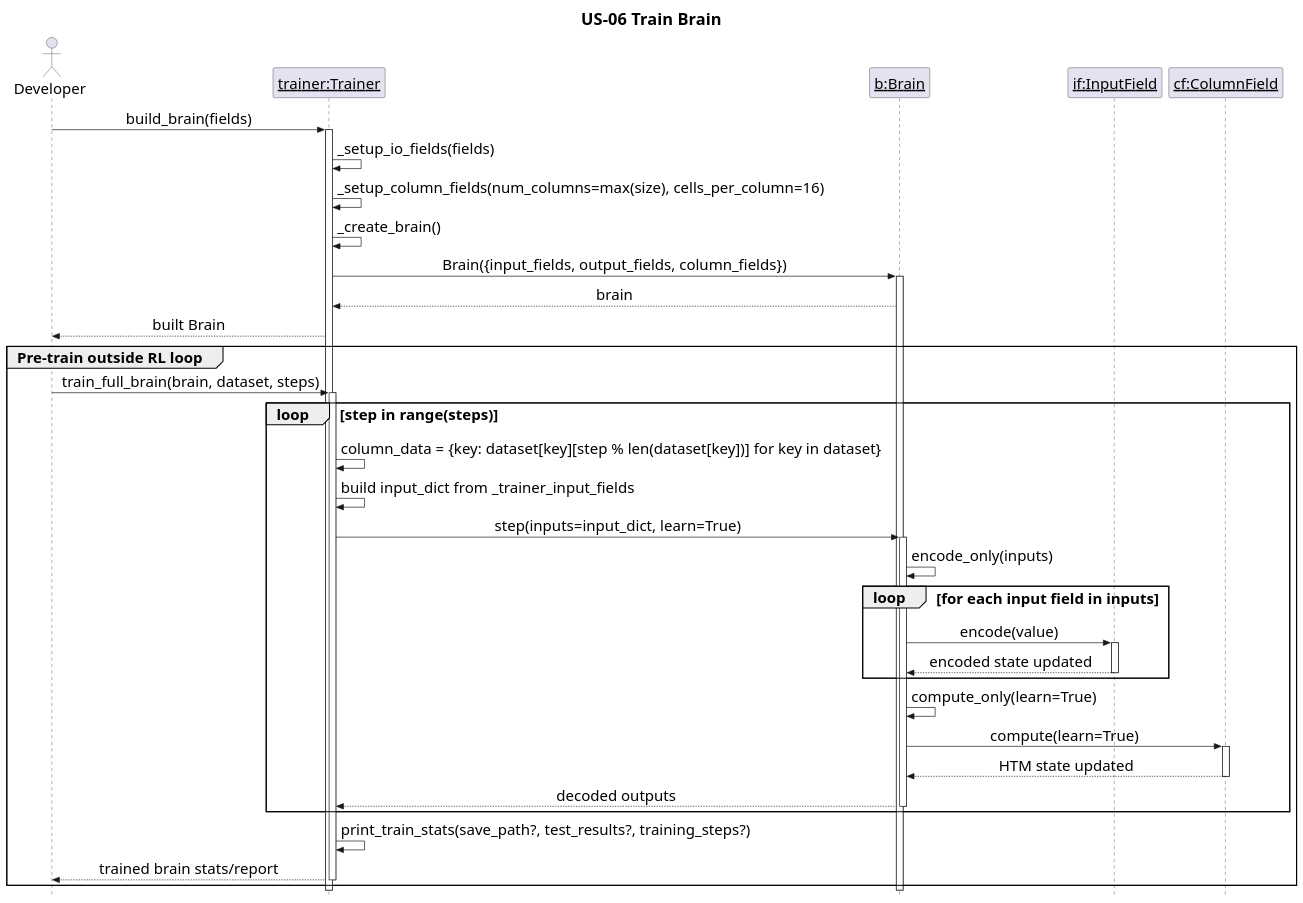
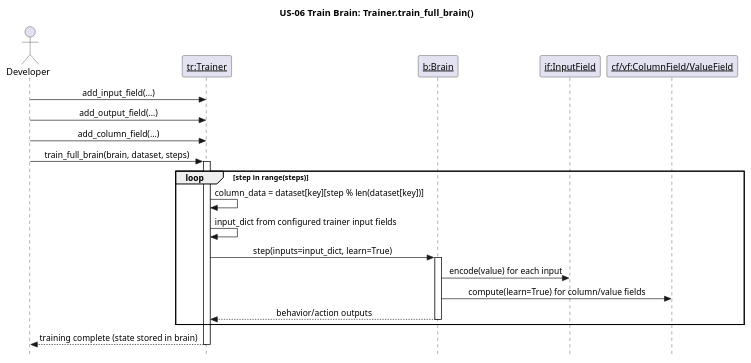
Before and after one commit to egrembocki/htmrl: the diagram in docs/puml/US/us-06.puml, drawn with PlantUML. The commit also changed 10 other files, not shown here.

Commit message:
Update US sequence diagrams to match current runtime code paths

```diff
--- a/docs/puml/US/us-06.puml
+++ b/docs/puml/US/us-06.puml
@@ -1,60 +1,33 @@
 @startuml
-scale 2000 width
-
 skinparam style strictuml
-skinparam defaultFontSize 22
-skinparam TitleFontSize 24
-skinparam ObjectFontSize 30
 skinparam sequenceMessageAlign center
 skinparam responseMessageBelowArrow true
 
-title US-06 Train Brain
+title US-06 Train Brain: Trainer.train_full_brain()
 
 actor Developer as Dev
-participant "<u>trainer:Trainer</u>" as TR
+participant "<u>tr:Trainer</u>" as TR
 participant "<u>b:Brain</u>" as BR
 participant "<u>if:InputField</u>" as IF
-participant "<u>cf:ColumnField</u>" as CF
+participant "<u>cf/vf:ColumnField/ValueField</u>" as CF
 
-Dev -> TR: build_brain(fields)
+Dev -> TR: add_input_field(...)
+Dev -> TR: add_output_field(...)
+Dev -> TR: add_column_field(...)
+Dev -> TR: train_full_brain(brain, dataset, steps)
 activate TR
-TR -> TR: _setup_io_fields(fields)
-TR -> TR: _setup_column_fields(num_columns=max(size), cells_per_column=16)
-TR -> TR: _create_brain()
-TR -> BR: Brain({input_fields, output_fields, column_fields})
-activate BR
-BR --> TR: brain
-TR --> Dev: built Brain
 
-group Pre-train outside RL loop
-  Dev -> TR: train_full_brain(brain, dataset, steps)
-  activate TR
-  loop step in range(steps)
-    TR -> TR: column_data = {key: dataset[key][step % len(dataset[key])] for key in dataset}
-    TR -> TR: build input_dict from _trainer_input_fields
-    TR -> BR: step(inputs=input_dict, learn=True)
-    activate BR
-    BR -> BR: encode_only(inputs)
-    loop for each input field in inputs
-      BR -> IF: encode(value)
-      activate IF
-      IF --> BR: encoded state updated
-      deactivate IF
-    end
-    BR -> BR: compute_only(learn=True)
-    BR -> CF: compute(learn=True)
-    activate CF
-    CF --> BR: HTM state updated
-    deactivate CF
-    BR --> TR: decoded outputs
-    deactivate BR
-  end
-
-  TR -> TR: print_train_stats(save_path?, test_results?, training_steps?)
-  TR --> Dev: trained brain stats/report
-  deactivate TR
+loop step in range(steps)
+  TR -> TR: column_data = dataset[key][step % len(dataset[key])]
+  TR -> TR: input_dict from configured trainer input fields
+  TR -> BR: step(inputs=input_dict, learn=True)
+  activate BR
+  BR -> IF: encode(value) for each input
+  BR -> CF: compute(learn=True) for column/value fields
+  BR --> TR: behavior/action outputs
+  deactivate BR
 end
 
-deactivate BR
+TR --> Dev: training complete (state stored in brain)
 deactivate TR
 @enduml
```
